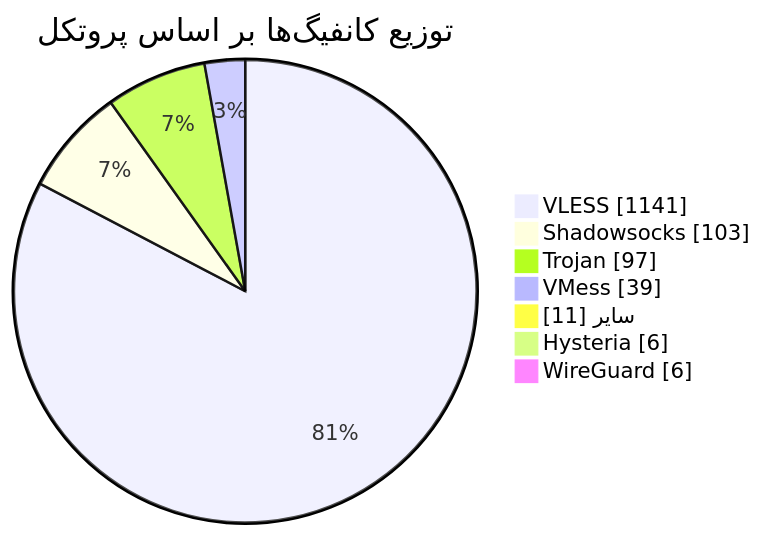
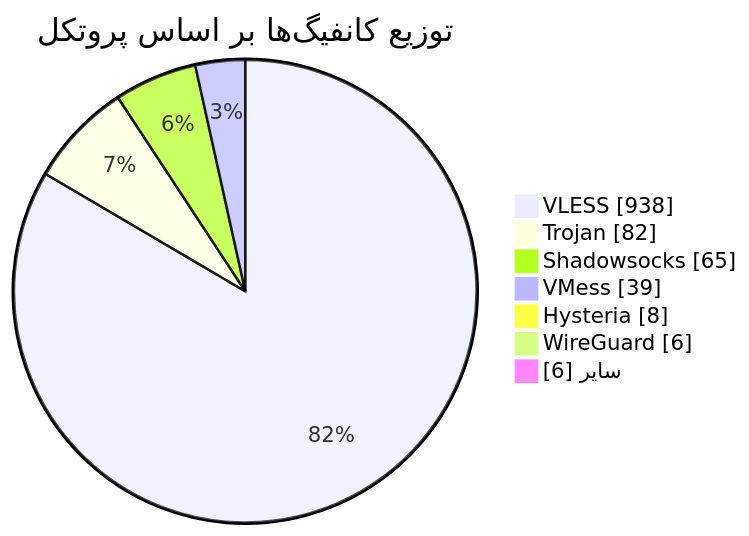
One commit to Arian-Alijani/Somthing changed the diagram in README.md. Above: the diagram before and after it, drawn with Mermaid. The commit also changed other lines of this file and 107 other files, not shown here.

````diff
--- a/README.md
+++ b/README.md
@@ -49,11 +49,11 @@
 ```mermaid
 pie showData
     title توزیع کانفیگ‌ها بر اساس پروتکل
-    "VLESS" : 1141
-    "Shadowsocks" : 103
-    "Trojan" : 97
+    "VLESS" : 938
+    "Trojan" : 82
+    "Shadowsocks" : 65
     "VMess" : 39
-    "سایر" : 11
-    "Hysteria" : 6
+    "Hysteria" : 8
     "WireGuard" : 6
+    "سایر" : 6
 ```
````
